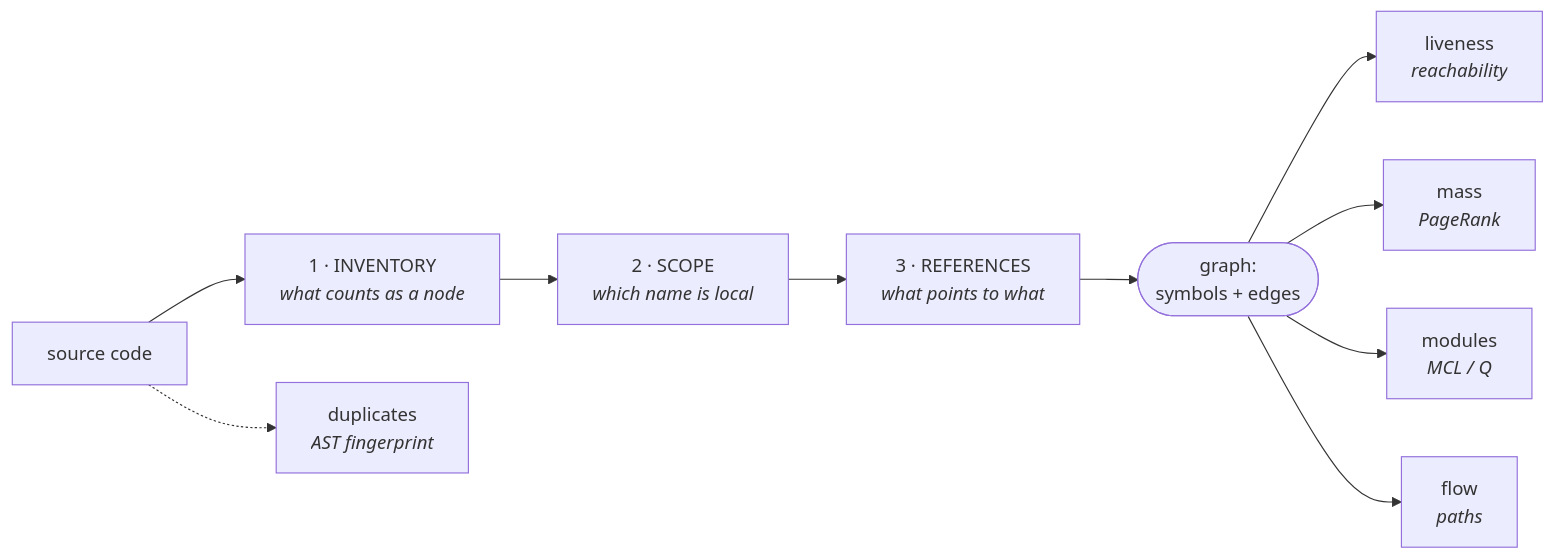
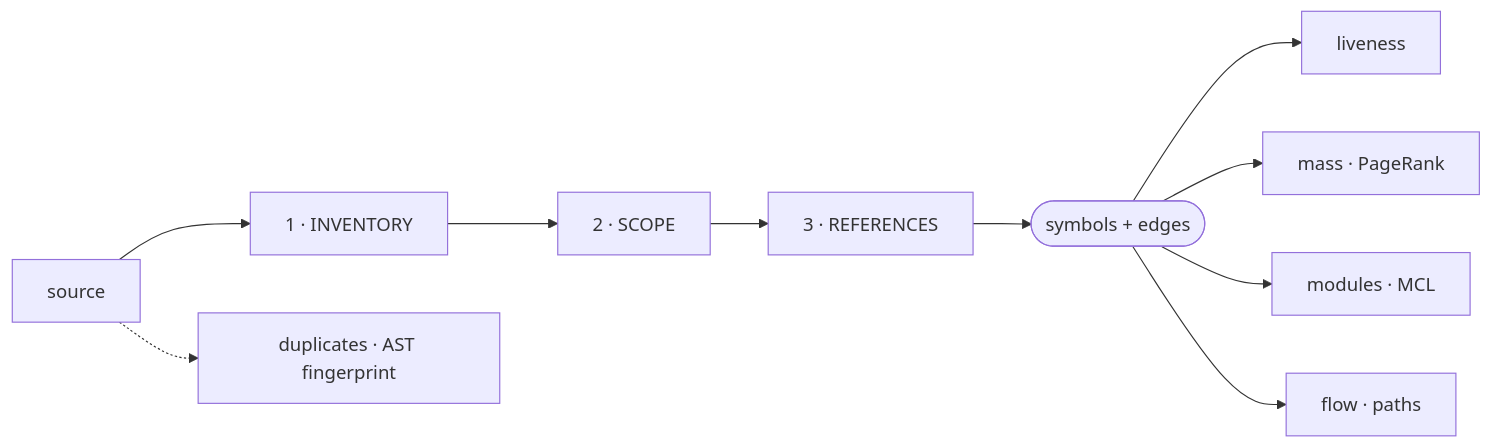
One commit to mcalza96/mcview changed the diagram in README.md. Above: the diagram before and after it, drawn with Mermaid. The commit also changed other lines of this file, not shown here.

````diff
--- a/README.md
+++ b/README.md
@@ -275,12 +226,10 @@
 ```mermaid
 flowchart LR
-  SRC["source code"] --> INV["1 · INVENTORY<br/><i>what counts as a node</i>"]
-  INV --> SCP["2 · SCOPE<br/><i>which name is local</i>"]
-  SCP --> REF["3 · REFERENCES<br/><i>what points to what</i>"]
-  REF --> G(["graph:<br/>symbols + edges"])
-  G --> V1["liveness<br/><i>reachability</i>"]
-  G --> V2["mass<br/><i>PageRank</i>"]
-  G --> V3["modules<br/><i>MCL / Q</i>"]
-  G --> V4["flow<br/><i>paths</i>"]
-  SRC -.-> DUP["duplicates<br/><i>AST fingerprint</i>"]
+  SRC["source"] --> INV["1 · INVENTORY"] --> SCP["2 · SCOPE"] --> REF["3 · REFERENCES"]
+  REF --> G(["symbols + edges"])
+  G --> V1["liveness"]
+  G --> V2["mass · PageRank"]
+  G --> V3["modules · MCL"]
+  G --> V4["flow · paths"]
+  SRC -.-> DUP["duplicates · AST fingerprint"]
 ```
````
